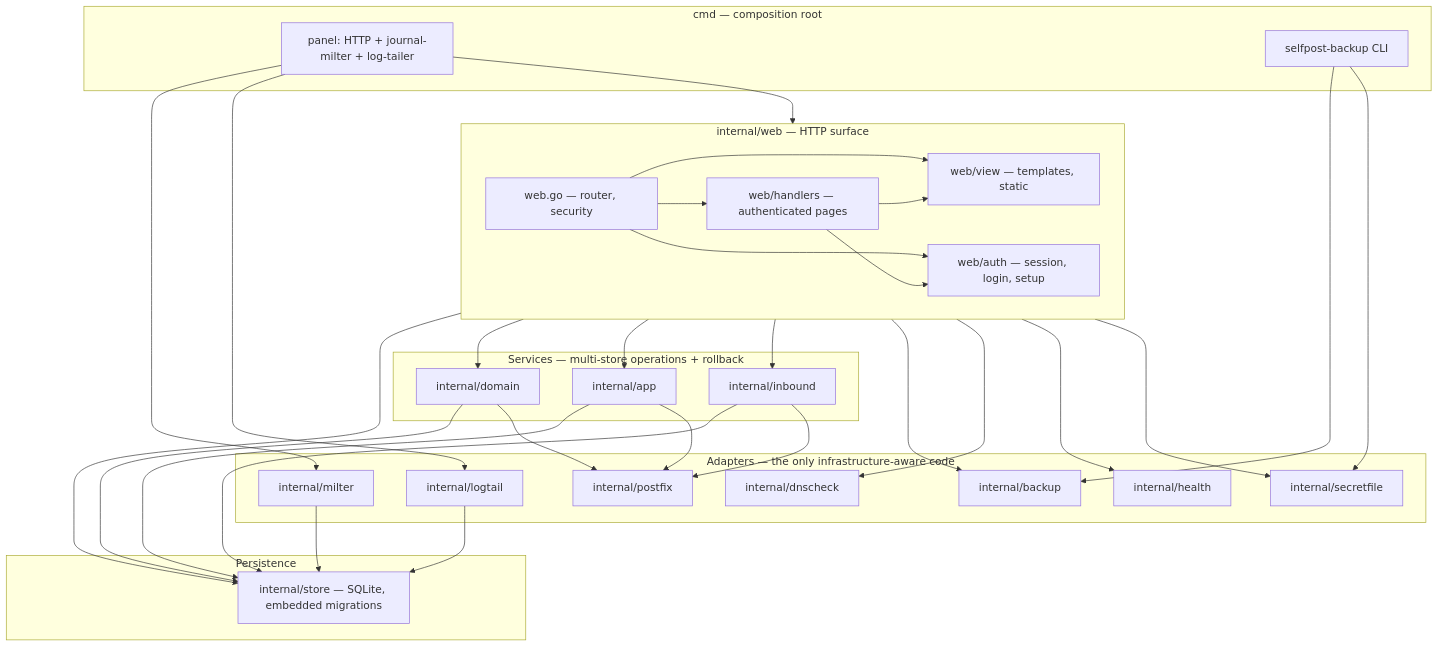
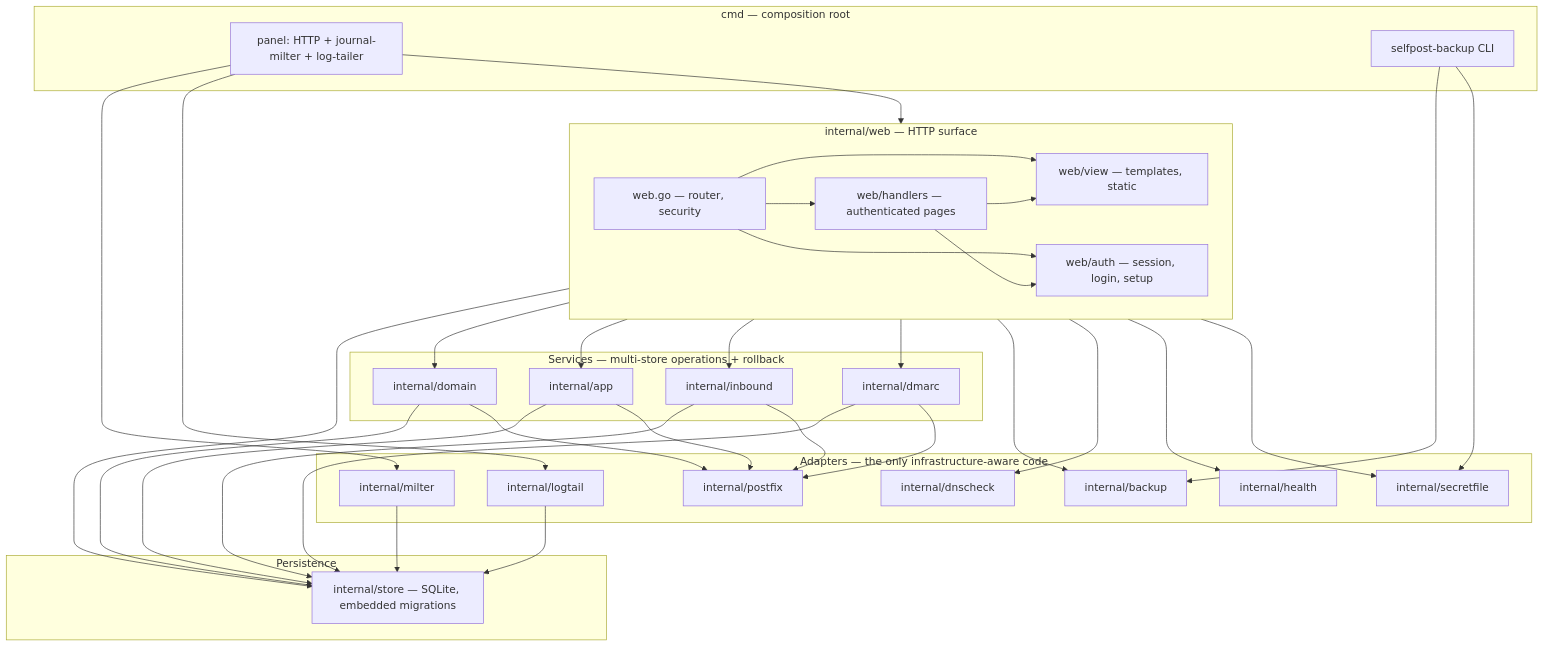
The diagram in docs/architecture.md (mixeme/selfpost), drawn with Mermaid before and after one commit. The commit also changed other lines of this file and 6 other files, not shown here.

````diff
--- a/docs/architecture.md
+++ b/docs/architecture.md
@@ -253,56 +267,60 @@
 ```mermaid
 flowchart TB
   subgraph cmd ["cmd — composition root"]
     panel["panel: HTTP + journal-milter + log-tailer"]
     backupcli["selfpost-backup CLI"]
   end
   subgraph web ["internal/web — HTTP surface"]
     webRoot["web.go — router, security"]
     viewPkg["web/view — templates, static"]
     authPkg["web/auth — session, login, setup"]
     handlersPkg["web/handlers — authenticated pages"]
     webRoot --> viewPkg
     webRoot --> authPkg
     webRoot --> handlersPkg
     handlersPkg --> authPkg
     handlersPkg --> viewPkg
   end
   subgraph services ["Services — multi-store operations + rollback"]
     domainSvc["internal/domain"]
     appSvc["internal/app"]
     inboundSvc["internal/inbound"]
+    dmarcSvc["internal/dmarc"]
   end
   subgraph persistence ["Persistence"]
     store["internal/store — SQLite, embedded migrations"]
   end
   subgraph adapters ["Adapters — the only infrastructure-aware code"]
     postfix["internal/postfix"]
     milterPkg["internal/milter"]
     logtail["internal/logtail"]
     dnscheck["internal/dnscheck"]
     backupPkg["internal/backup"]
     health["internal/health"]
     secretfile["internal/secretfile"]
   end
   panel --> web
   panel --> milterPkg
   panel --> logtail
   backupcli --> backupPkg
   backupcli --> secretfile
   web --> store
   web --> domainSvc
   web --> appSvc
   web --> inboundSvc
+  web --> dmarcSvc
   web --> backupPkg
   web --> dnscheck
   web --> health
   web --> secretfile
   domainSvc --> store
   appSvc --> store
   inboundSvc --> store
+  dmarcSvc --> store
   milterPkg --> store
   logtail --> store
   domainSvc --> postfix
   appSvc --> postfix
   inboundSvc --> postfix
+  dmarcSvc --> postfix
 ```
````
